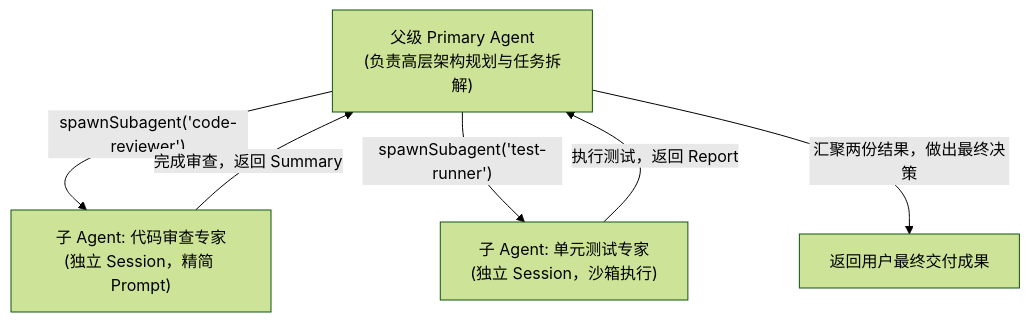
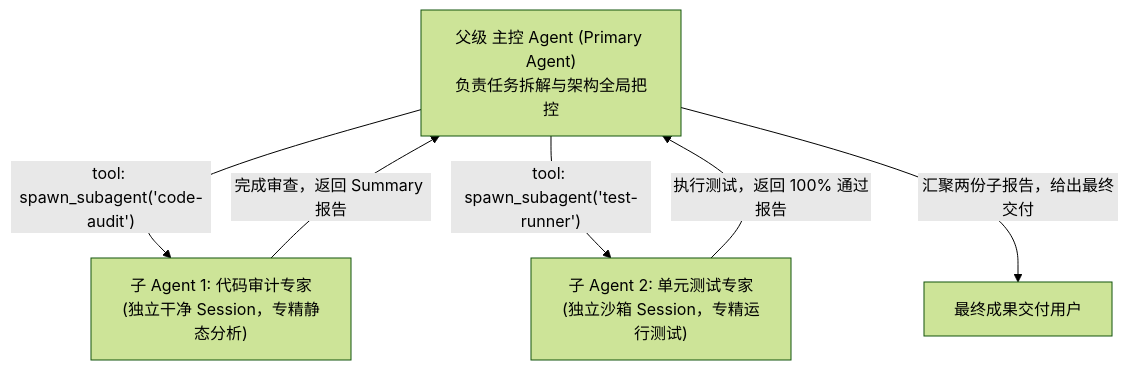
The second of 2 diagrams in content/posts/dsh-06-plugin-development-and-mcp.md (MoreConsequence/MoreConsequence.github.io), drawn with Mermaid (forest theme) before and after one commit. The commit also changed other lines of this file and 11 other files, not shown here.

````diff
--- a/content/posts/dsh-06-plugin-development-and-mcp.md
+++ b/content/posts/dsh-06-plugin-development-and-mcp.md
@@ -158,12 +185,12 @@
 ```mermaid
 flowchart TD
-    Parent["父级 Primary Agent<br/>(负责高层架构规划与任务拆解)"]
+    Parent["父级 主控 Agent (Primary Agent)<br/>负责任务拆解与架构全局把控"]
     
-    Parent -->|"spawnSubagent('code-reviewer')"| Child1["子 Agent: 代码审查专家<br/>(独立 Session，精简 Prompt)"]
-    Parent -->|"spawnSubagent('test-runner')"| Child2["子 Agent: 单元测试专家<br/>(独立 Session，沙箱执行)"]
+    Parent -->|"tool: spawn_subagent('code-audit')"| Child1["子 Agent 1: 代码审计专家<br/>(独立干净 Session，专精静态分析)"]
+    Parent -->|"tool: spawn_subagent('test-runner')"| Child2["子 Agent 2: 单元测试专家<br/>(独立沙箱 Session，专精运行测试)"]
     
-    Child1 -->|"完成审查，返回 Summary"| Parent
-    Child2 -->|"执行测试，返回 Report"| Parent
+    Child1 -->|"完成审查，返回 Summary 报告"| Parent
+    Child2 -->|"执行测试，返回 100% 通过报告"| Parent
     
-    Parent -->|"汇聚两份结果，做出最终决策"| User["返回用户最终交付成果"]
+    Parent -->|"汇聚两份子报告，给出最终交付"| EndUser["最终成果交付用户"]
 ```
````
